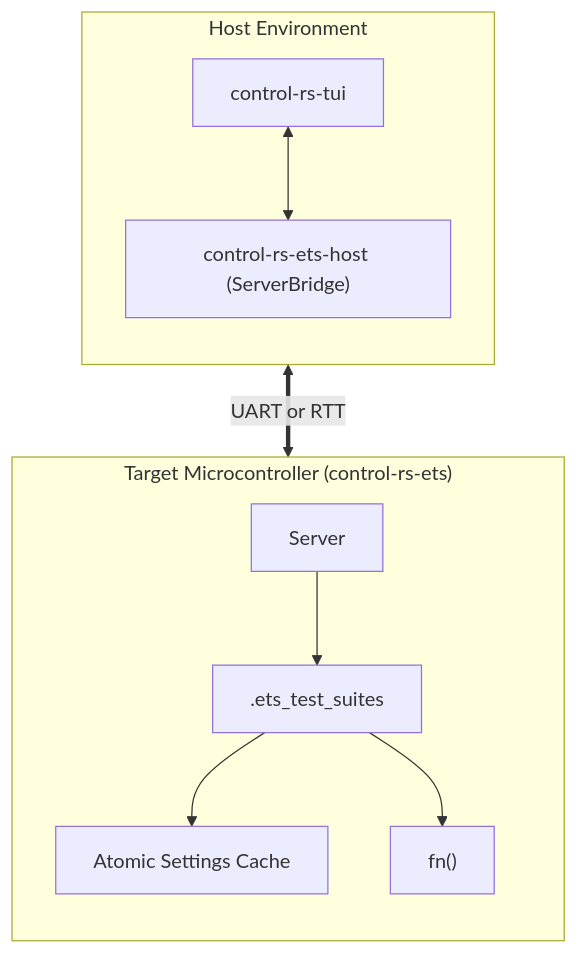
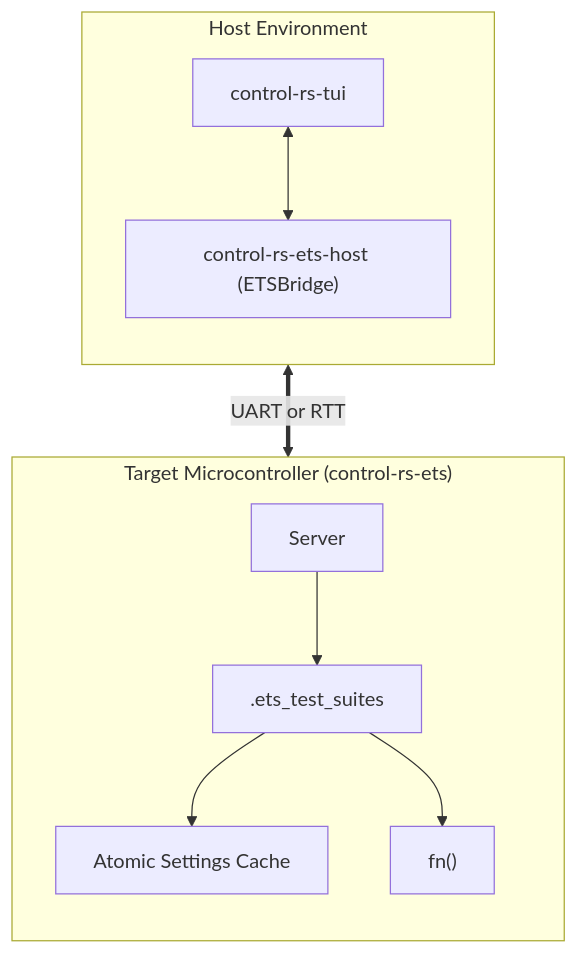
The diagram in documentation/ets/test-suite-design.md (Dyse-Industries/control-rs), drawn with Mermaid before and after one commit. The commit also changed other lines of this file and 18 other files, not shown here.

Commit message:
refactor(ets): resolve PR #53 review feedback and align ETS host framing

````diff
--- a/documentation/ets/test-suite-design.md
+++ b/documentation/ets/test-suite-design.md
@@ -71,22 +71,22 @@
 ```mermaid
 flowchart TD
     Host <==>|UART or RTT| MCU
 
     subgraph Host ["Host Environment"]
         direction TB
         TUI["control-rs-tui"]
-        Bridge["control-rs-ets-host (ServerBridge)"]
+        Bridge["control-rs-ets-host (ETSBridge)"]
         TUI <--> Bridge
     end
 
     subgraph MCU ["Target Microcontroller (control-rs-ets)"]
         direction TB
         Server["Server"]
         Suites[".ets_test_suites"]
         Settings["Atomic Settings Cache"]
         Tests["fn() "]
         Server --> Suites
         Suites --> Settings
         Suites --> Tests
     end
 ```
````
